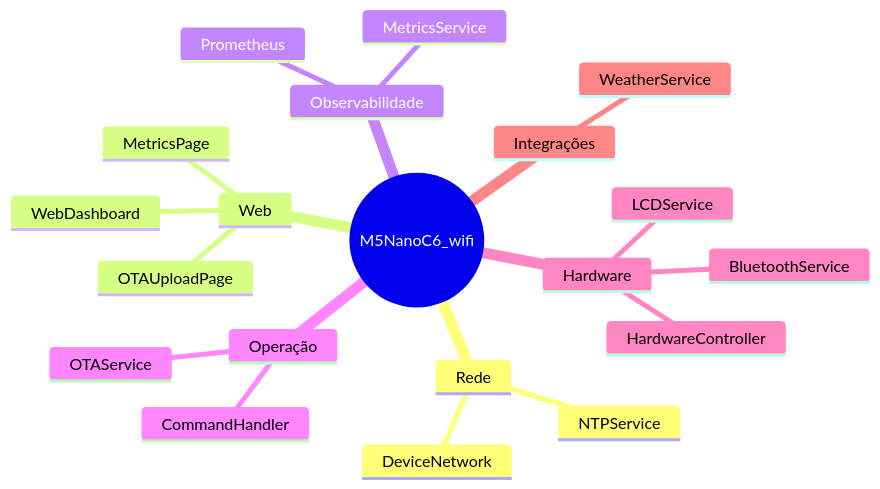
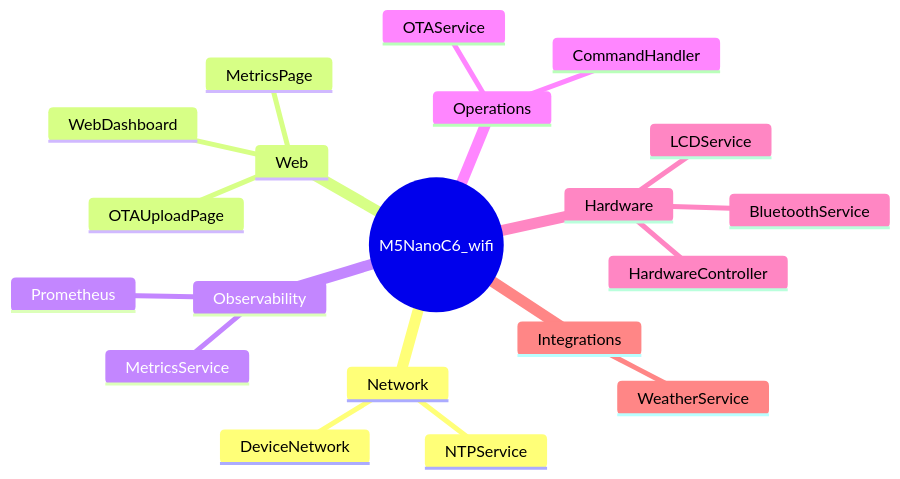
Before and after one commit to paulocfmarques-collab/M5NanoC6_wifi: the fifth of 5 diagrams in README.md, drawn with Mermaid. The commit also changed other lines of this file, not shown here.

````diff
--- a/README.md
+++ b/README.md
@@ -284,23 +284,23 @@
 ```mermaid
 mindmap
   root((M5NanoC6_wifi))
-    Rede
+    Network
       DeviceNetwork
       NTPService
     Web
       WebDashboard
       MetricsPage
       OTAUploadPage
-    Observabilidade
+    Observability
       MetricsService
       Prometheus
-    Operação
+    Operations
       CommandHandler
       OTAService
     Hardware
       HardwareController
       LCDService
       BluetoothService
-    Integrações
+    Integrations
       WeatherService
 ```
````
